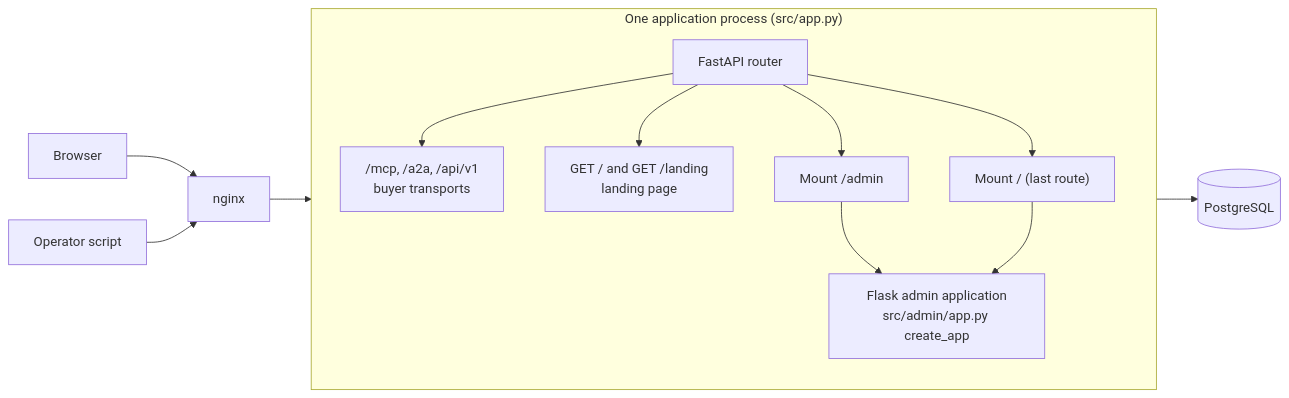
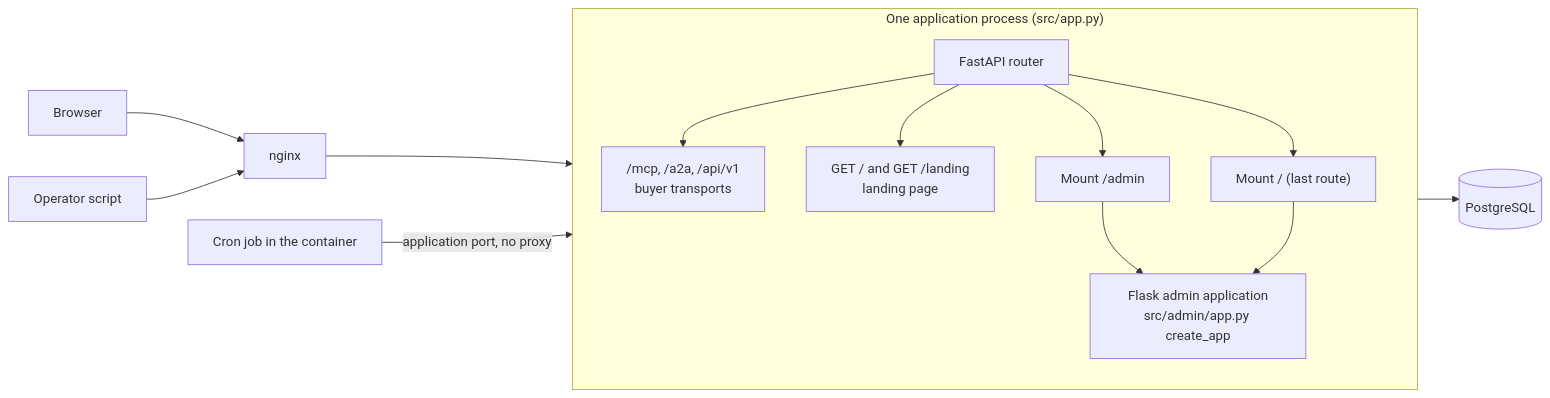
Before and after one commit to prebid/salesagent: the first of 2 diagrams in docs/development/admin-ui-architecture.md, drawn with Mermaid. The commit also changed other lines of this file and 4 other files, not shown here.

````diff
--- a/docs/development/admin-ui-architecture.md
+++ b/docs/development/admin-ui-architecture.md
@@ -17,29 +17,31 @@
 ```mermaid
 flowchart LR
     BROWSER["Browser"]
     SCRIPT["Operator script"]
     NGINX["nginx"]
+    CRON["Cron job in the container"]
 
     subgraph PROC["One application process (src/app.py)"]
         direction TB
         FASTAPI["FastAPI router"]
         BUYER["/mcp, /a2a, /api/v1\nbuyer transports"]
         LANDING["GET / and GET /landing\nlanding page"]
         MOUNT1["Mount /admin"]
         MOUNT2["Mount / (last route)"]
         FLASK["Flask admin application\nsrc/admin/app.py create_app"]
         FASTAPI --> BUYER
         FASTAPI --> LANDING
         FASTAPI --> MOUNT1
         FASTAPI --> MOUNT2
         MOUNT1 --> FLASK
         MOUNT2 --> FLASK
     end
 
     DB[("PostgreSQL")]
 
     BROWSER --> NGINX
     SCRIPT --> NGINX
     NGINX --> FASTAPI
+    CRON -->|"application port, no proxy"| FASTAPI
     FLASK --> DB
 ```
````
